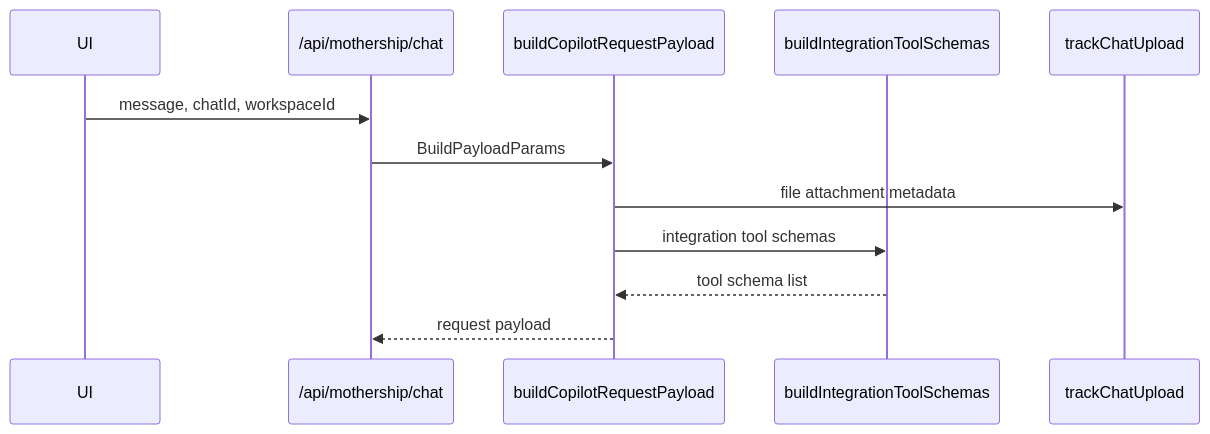
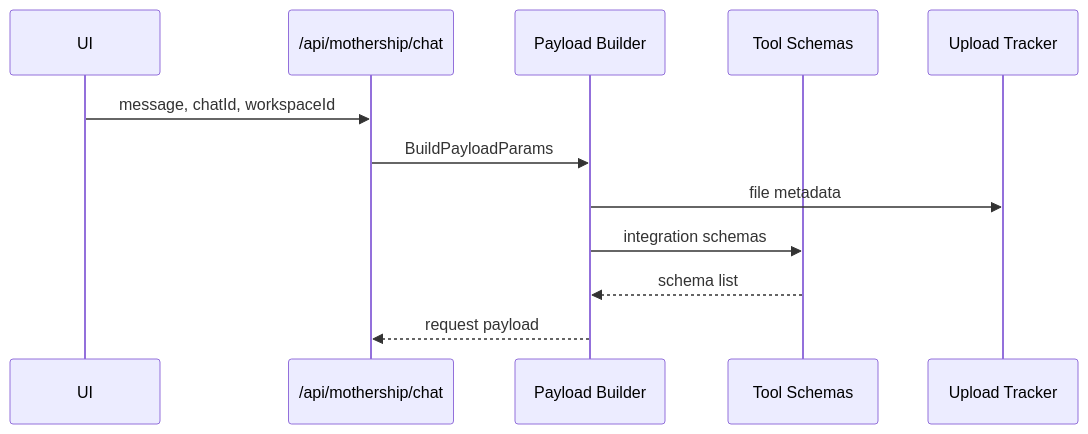
Before and after one commit to nfbs2000/speaky-sim: the first of 4 diagrams in site/docs/mothership-contract/02-request-payload.md, drawn with Mermaid. The commit also changed other lines of this file and 2 other files, not shown here.

Commit message:
docs: improve mermaid diagram readability

````diff
--- a/site/docs/mothership-contract/02-request-payload.md
+++ b/site/docs/mothership-contract/02-request-payload.md
@@ -9,15 +9,15 @@
 ```mermaid
 sequenceDiagram
   participant UI
   participant Route as /api/mothership/chat
-  participant Builder as buildCopilotRequestPayload
-  participant Tools as buildIntegrationToolSchemas
-  participant Upload as trackChatUpload
+  participant Builder as Payload Builder
+  participant Tools as Tool Schemas
+  participant Upload as Upload Tracker
 
   UI->>Route: message, chatId, workspaceId
   Route->>Builder: BuildPayloadParams
-  Builder->>Upload: file attachment metadata
-  Builder->>Tools: integration tool schemas
-  Tools-->>Builder: tool schema list
+  Builder->>Upload: file metadata
+  Builder->>Tools: integration schemas
+  Tools-->>Builder: schema list
   Builder-->>Route: request payload
 ```
````
